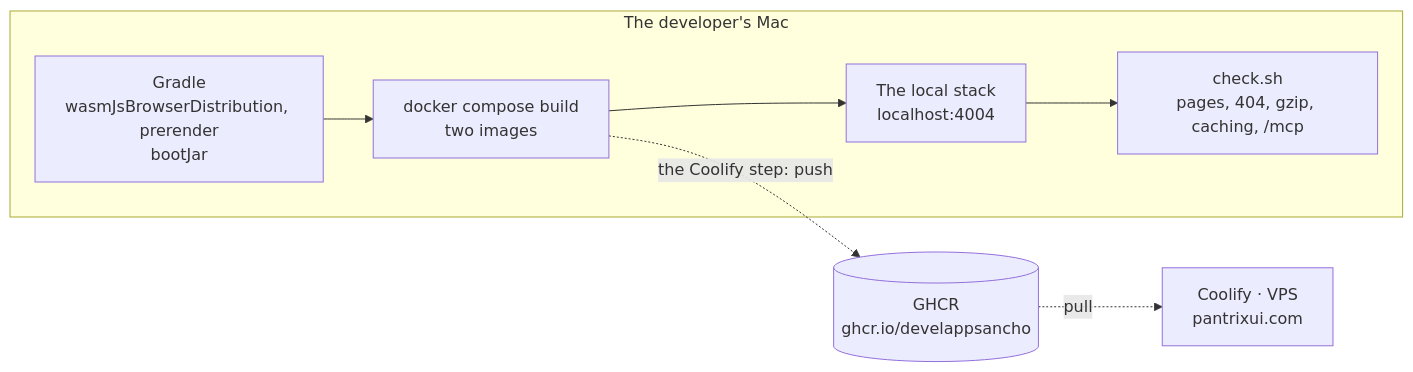
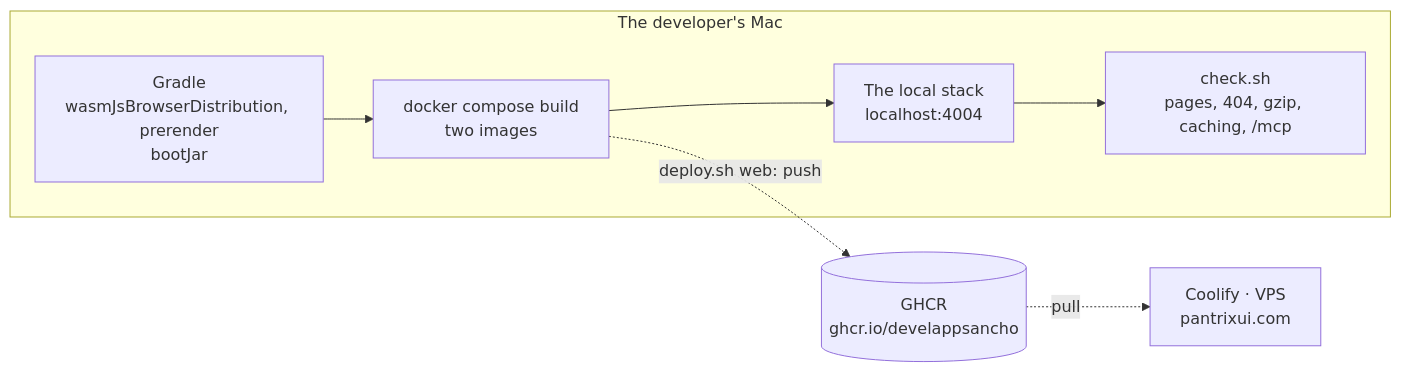
Before and after one commit to develappsancho/pantrix-ui-site: the eighth of 10 diagrams in docs/deploy/ARCHITECTURE_GUIDE.en.md, drawn with Mermaid. The commit also changed other lines of this file and 7 other files, not shown here.

Commit message:
[DOCS][Add the deploy guide's section on deploying in Coolify and releasing the desktop app, Note what the live deploy showed in the architecture guide and Describe the host's deploy in the READMEs]

````diff
--- a/docs/deploy/ARCHITECTURE_GUIDE.en.md
+++ b/docs/deploy/ARCHITECTURE_GUIDE.en.md
@@ -257,10 +257,10 @@
 ```mermaid
 flowchart LR
     subgraph mac["The developer's Mac"]
         g["Gradle<br/>wasmJsBrowserDistribution, prerender<br/>bootJar"] --> d["docker compose build<br/>two images"]
         d --> l["The local stack<br/>localhost:4004"]
         l --> c["check.sh<br/>pages, 404, gzip, caching, /mcp"]
     end
-    d -. "the Coolify step: push" .-> r[("GHCR<br/>ghcr.io/develappsancho")]
+    d -. "deploy.sh web: push" .-> r[("GHCR<br/>ghcr.io/develappsancho")]
     r -. "pull" .-> v["Coolify · VPS<br/>pantrixui.com"]
 ```
````
